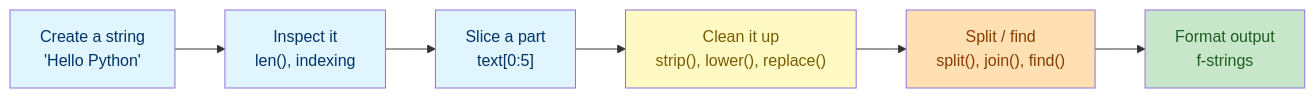
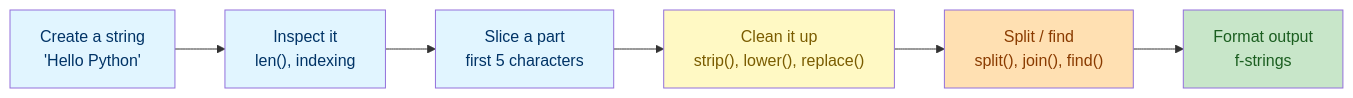
One commit to CogKnowEdge-Solutions/Python changed the second of 2 diagrams in Beginner/Lab2/lab-strings.md. Above: the diagram before and after it, drawn with Mermaid. The commit also changed other lines of this file and 39 other files, not shown here.

````diff
--- a/Beginner/Lab2/lab-strings.md
+++ b/Beginner/Lab2/lab-strings.md
@@ -74,22 +154,22 @@
 ```mermaid
 graph LR
     S["Create a string<br/>'Hello Python'"]
     I["Inspect it<br/>len(), indexing"]
-    SL["Slice a part<br/>text[0:5]"]
+    SL["Slice a part<br/>first 5 characters"]
     C["Clean it up<br/>strip(), lower(), replace()"]
     F["Split / find<br/>split(), join(), find()"]
     O["Format output<br/>f-strings"]
 
     S --> I
     I --> SL
     SL --> C
     C --> F
     F --> O
 
     style S fill:#e1f5ff,color:#003366
     style I fill:#e1f5ff,color:#003366
     style SL fill:#e1f5ff,color:#003366
     style C fill:#fff9c4,color:#7a5c00
     style F fill:#ffe0b2,color:#8a3b00
     style O fill:#c8e6c9,color:#1b5e20
 ```
````
